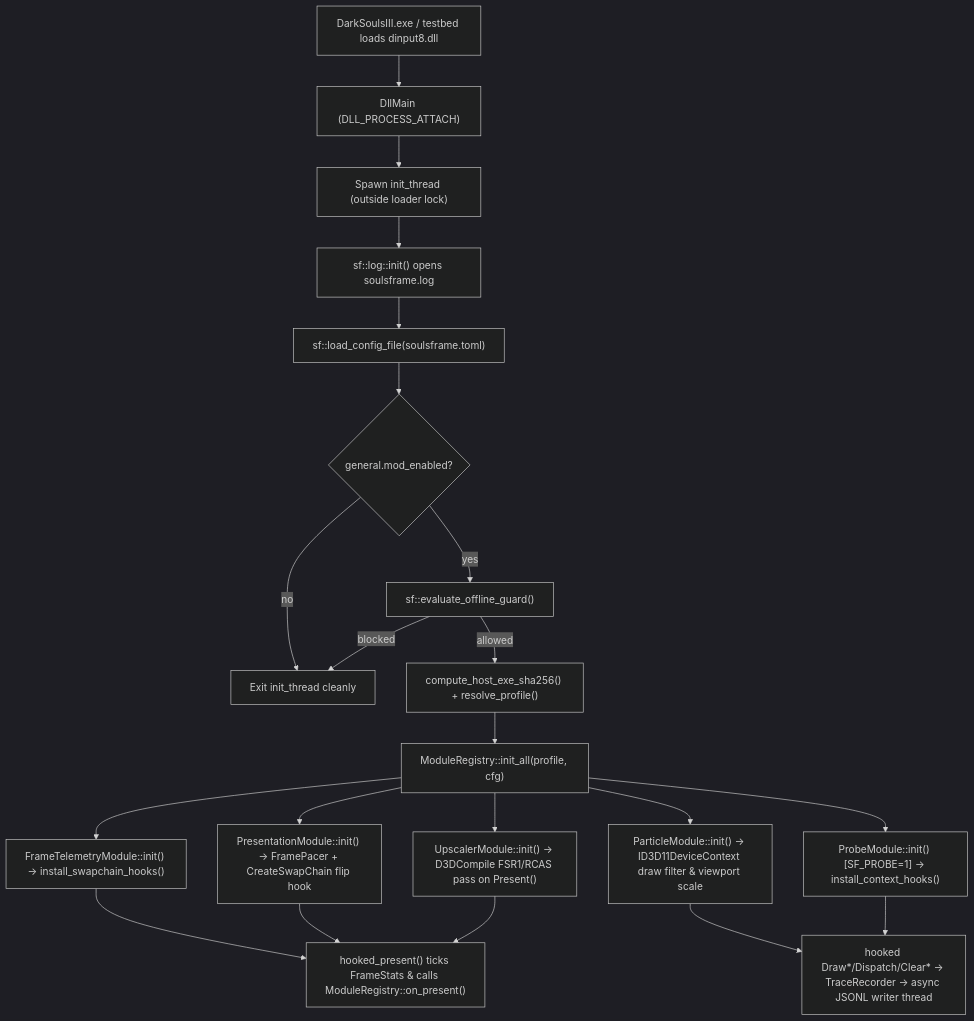
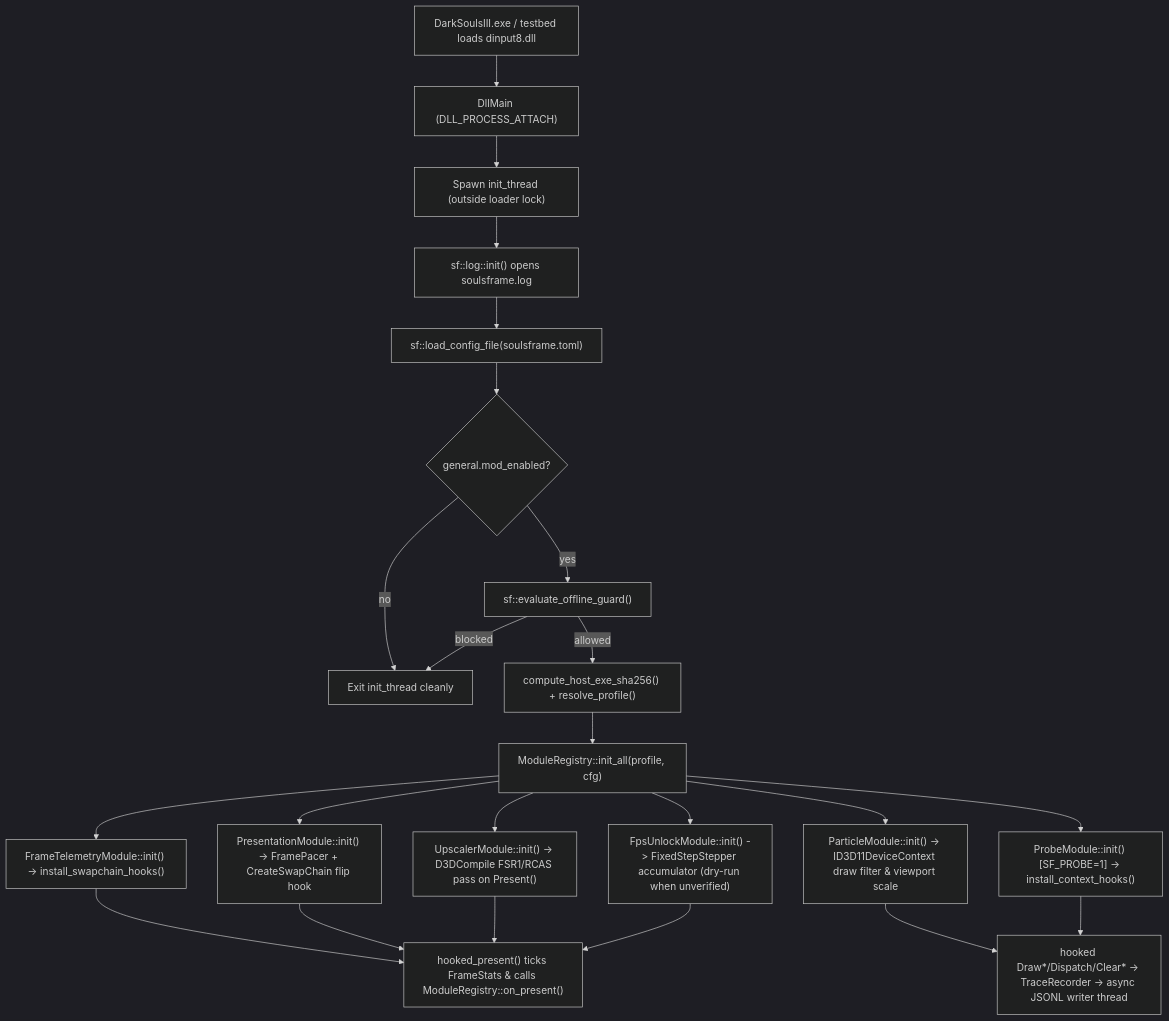
The diagram in docs/09-codebase-reference.md (hazalkoom/soulsframe), drawn with Mermaid (dark theme) before and after one commit. The commit also changed other lines of this file and 16 other files, not shown here.

Commit message:
feat(m8): implement fixed-step FPS unlock accumulator and experiment log

````diff
--- a/docs/09-codebase-reference.md
+++ b/docs/09-codebase-reference.md
@@ -7,23 +7,25 @@
 ```mermaid
 flowchart TD
   A["DarkSoulsIII.exe / testbed loads dinput8.dll"] --> B["DllMain (DLL_PROCESS_ATTACH)"]
   B --> C["Spawn init_thread (outside loader lock)"]
   C --> D["sf::log::init() opens soulsframe.log"]
   D --> E["sf::load_config_file(soulsframe.toml)"]
   E --> F{"general.mod_enabled?"}
   F -- no --> Z["Exit init_thread cleanly"]
   F -- yes --> G["sf::evaluate_offline_guard()"]
   G -- blocked --> Z
   G -- allowed --> H["compute_host_exe_sha256() + resolve_profile()"]
   H --> I["ModuleRegistry::init_all(profile, cfg)"]
   I --> J["FrameTelemetryModule::init() -> install_swapchain_hooks()"]
   I --> M["PresentationModule::init() -> FramePacer + CreateSwapChain flip hook"]
   I --> N["ParticleModule::init() -> ID3D11DeviceContext draw filter & viewport scale"]
   I --> U["UpscalerModule::init() -> D3DCompile FSR1/RCAS pass on Present()"]
+  I --> F8["FpsUnlockModule::init() -> FixedStepStepper accumulator (dry-run when unverified)"]
   I --> P["ProbeModule::init() [SF_PROBE=1] -> install_context_hooks()"]
   J --> K["hooked_present() ticks FrameStats & calls ModuleRegistry::on_present()"]
   M --> K
   U --> K
+  F8 --> K
   N --> L
   P --> L["hooked Draw*/Dispatch/Clear* -> TraceRecorder -> async JSONL writer thread"]
 ```
````
